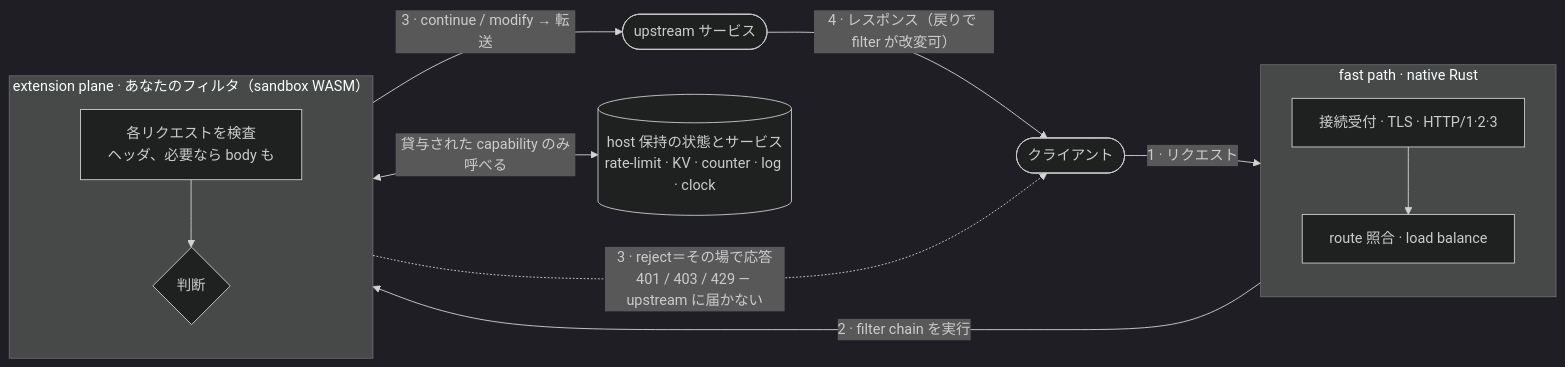
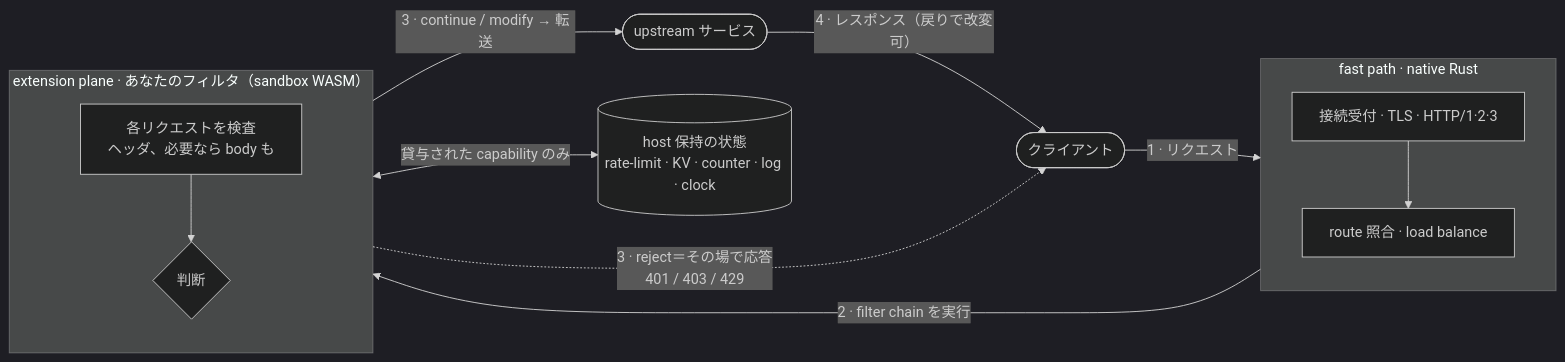
One commit to Kaikei-e/PlectoProxy changed the diagram in README.ja.md. Above: the diagram before and after it, drawn with Mermaid (dark theme). The commit also changed other lines of this file and 15 other files, not shown here.

````diff
--- a/README.ja.md
+++ b/README.ja.md
@@ -81,28 +26,28 @@
 ```mermaid
 flowchart LR
     client(["クライアント"])
     upstream(["upstream サービス"])
 
     subgraph fast["fast path · native Rust"]
         direction TB
         edge["接続受付 · TLS · HTTP/1·2·3"]
         route["route 照合 · load balance"]
         edge --> route
     end
 
     subgraph ext["extension plane · あなたのフィルタ（sandbox WASM）"]
         direction TB
         inspect["各リクエストを検査<br/>ヘッダ、必要なら body も"]
         decide{"判断"}
         inspect --> decide
     end
 
-    state[("host 保持の状態とサービス<br/>rate-limit · KV · counter · log · clock")]
+    state[("host 保持の状態<br/>rate-limit · KV · counter · log · clock")]
 
     client -->|"1 · リクエスト"| edge
     route -->|"2 · filter chain を実行"| inspect
     decide -->|"3 · continue / modify → 転送"| upstream
-    decide -.->|"3 · reject＝その場で応答<br/>401 / 403 / 429 — upstream に届かない"| client
-    upstream -->|"4 · レスポンス（戻りで filter が改変可）"| client
-    decide <-->|"貸与された capability のみ呼べる"| state
+    decide -.->|"3 · reject＝その場で応答<br/>401 / 403 / 429"| client
+    upstream -->|"4 · レスポンス（戻りで改変可）"| client
+    decide <-->|"貸与された capability のみ"| state
 ```
````
